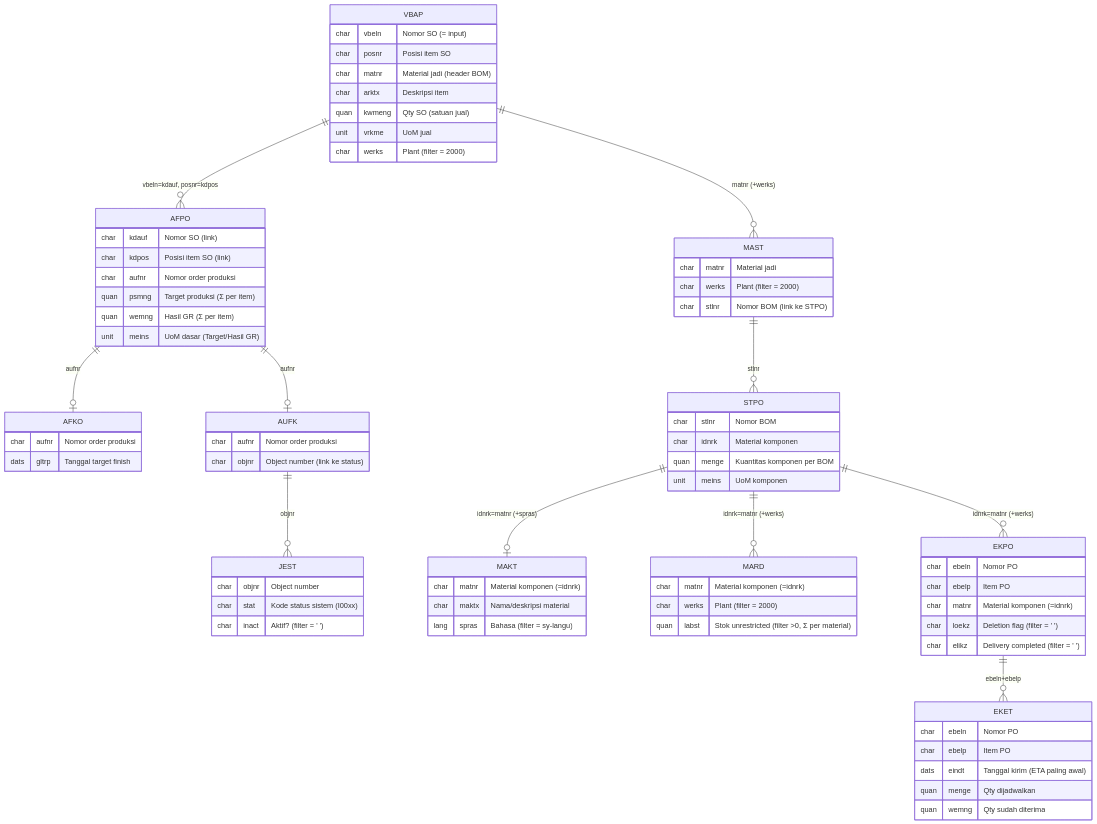
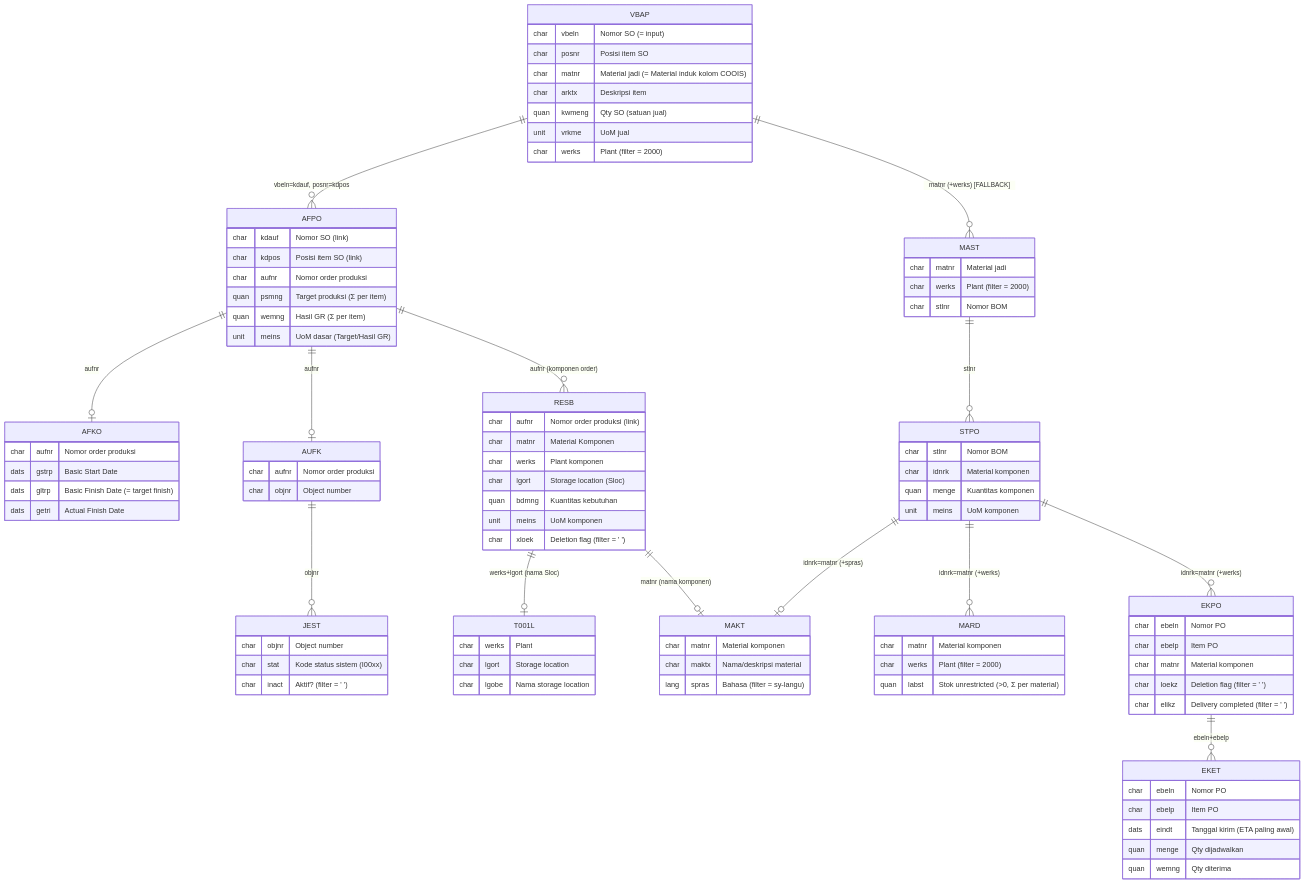
Before and after one commit to bagusbatra/central-storage: the diagram in erd_bom.md, drawn with Mermaid. The commit also changed other lines of this file and 6 other files, not shown here.

Commit message:
Update styles and scripts in riwayat.htm; enhance ERD documentation for monitoring_bom.htm with detailed relationships and field mappings

````diff
--- a/erd_bom.md
+++ b/erd_bom.md
@@ -38,7 +46,11 @@
     AFPO ||--o| AFKO : "aufnr"
     AFPO ||--o| AUFK : "aufnr"
     AUFK ||--o{ JEST : "objnr"
-    VBAP ||--o{ MAST : "matnr (+werks)"
+    AFPO ||--o{ RESB : "aufnr (komponen order)"
+    RESB ||--o| T001L : "werks+lgort (nama Sloc)"
+    RESB ||--o| MAKT : "matnr (nama komponen)"
+
+    VBAP ||--o{ MAST : "matnr (+werks) [FALLBACK]"
     MAST ||--o{ STPO : "stlnr"
     STPO ||--o| MAKT : "idnrk=matnr (+spras)"
     STPO ||--o{ MARD : "idnrk=matnr (+werks)"
@@ -46,68 +58,84 @@
     EKPO ||--o{ EKET : "ebeln+ebelp"
 
     VBAP {
-        char  vbeln  "Nomor SO (= input)"
-        char  posnr  "Posisi item SO"
-        char  matnr  "Material jadi (header BOM)"
-        char  arktx  "Deskripsi item"
-        quan  kwmeng "Qty SO (satuan jual)"
-        unit  vrkme  "UoM jual"
-        char  werks  "Plant (filter = 2000)"
+        char vbeln  "Nomor SO (= input)"
+        char posnr  "Posisi item SO"
+        char matnr  "Material jadi (= Material induk kolom COOIS)"
+        char arktx  "Deskripsi item"
+        quan kwmeng "Qty SO (satuan jual)"
+        unit vrkme  "UoM jual"
+        char werks  "Plant (filter = 2000)"
     }
     AFPO {
-        char  kdauf  "Nomor SO (link)"
-        char  kdpos  "Posisi item SO (link)"
-        char  aufnr  "Nomor order produksi"
-        quan  psmng  "Target produksi (Σ per item)"
-        quan  wemng  "Hasil GR (Σ per item)"
-        unit  meins  "UoM dasar (Target/Hasil GR)"
+        char kdauf "Nomor SO (link)"
+        char kdpos "Posisi item SO (link)"
+        char aufnr "Nomor order produksi"
+        quan psmng "Target produksi (Σ per item)"
+        quan wemng "Hasil GR (Σ per item)"
+        unit meins "UoM dasar (Target/Hasil GR)"
     }
     AFKO {
-        char  aufnr  "Nomor order produksi"
-        dats  gltrp  "Tanggal target finish"
+        char aufnr "Nomor order produksi"
+        dats gstrp "Basic Start Date"
+        dats gltrp "Basic Finish Date (= target finish)"
+        dats getri "Actual Finish Date"
     }
     AUFK {
-        char  aufnr  "Nomor order produksi"
-        char  objnr  "Object number (link ke status)"
+        char aufnr "Nomor order produksi"
+        char objnr "Object number"
     }
     JEST {
-        char  objnr  "Object number"
-        char  stat   "Kode status sistem (I00xx)"
-        char  inact  "Aktif? (filter = ' ')"
+        char objnr "Object number"
+        char stat  "Kode status sistem (I00xx)"
+        char inact "Aktif? (filter = ' ')"
+    }
+    RESB {
+        char aufnr "Nomor order produksi (link)"
+        char matnr "Material Komponen"
+        char werks "Plant komponen"
+        char lgort "Storage location (Sloc)"
+        quan bdmng "Kuantitas kebutuhan"
+        unit meins "UoM komponen"
+        char xloek "Deletion flag (filter = ' ')"
+    }
+    T001L {
+        char werks "Plant"
+        char lgort "Storage location"
+        char lgobe "Nama storage location"
     }
     MAST {
-        char  matnr  "Material jadi"
-        char  werks  "Plant (filter = 2000)"
-        char  stlnr  "Nomor BOM (link ke STPO)"
+        char matnr "Material jadi"
+        char werks "Plant (filter = 2000)"
+        char stlnr "Nomor BOM"
     }
     STPO {
-        char  stlnr  "Nomor BOM"
-        char  idnrk  "Material komponen"
-        quan  menge  "Kuantitas komponen per BOM"
-        unit  meins  "UoM komponen"
+        char stlnr "Nomor BOM"
+        char idnrk "Material komponen"
+        quan menge "Kuantitas komponen"
+        unit meins "UoM komponen"
     }
     MAKT {
-        char  matnr  "Material komponen (=idnrk)"
-        char  maktx  "Nama/deskripsi material"
-        lang  spras  "Bahasa (filter = sy-langu)"
+        char matnr "Material komponen"
+        char maktx "Nama/deskripsi material"
+        lang spras "Bahasa (filter = sy-langu)"
     }
     MARD {
-        char  matnr  "Material komponen (=idnrk)"
-        char  werks  "Plant (filter = 2000)"
-        quan  labst  "Stok unrestricted (filter >0, Σ per material)"
+        char matnr "Material komponen"
+        char werks "Plant (filter = 2000)"
+        quan labst "Stok unrestricted (>0, Σ per material)"
     }
     EKPO {
-        char  ebeln  "Nomor PO"
-        char  ebelp  "Item PO"
-        char  matnr  "Material komponen (=idnrk)"
-        char  loekz  "Deletion flag (filter = ' ')"
-        char  elikz  "Delivery completed (filter = ' ')"
+        char ebeln "Nomor PO"
+        char ebelp "Item PO"
+        char matnr "Material komponen"
+        char loekz "Deletion flag (filter = ' ')"
+        char elikz "Delivery completed (filter = ' ')"
     }
     EKET {
-        char  ebeln  "Nomor PO"
-        char  ebelp  "Item PO"
-        dats  eindt  "Tanggal kirim (ETA paling awal)"
-        quan  menge  "Qty dijadwalkan"
-        quan  wemng  "Qty sudah diterima"
+        char ebeln "Nomor PO"
+        char ebelp "Item PO"
+        dats eindt "Tanggal kirim (ETA paling awal)"
+        quan menge "Qty dijadwalkan"
+        quan wemng "Qty diterima"
     }
 ```
````
